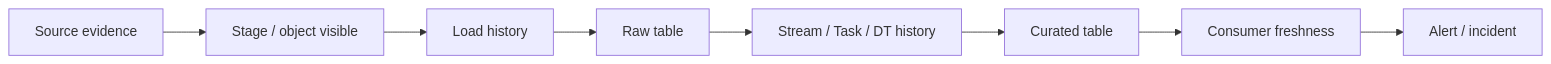
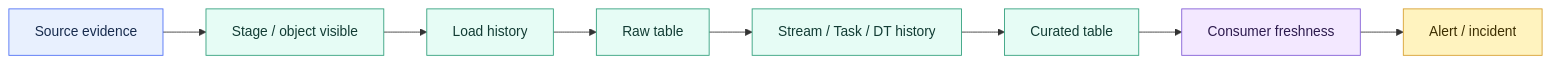
The diagram in 01 Snowflake/04 Data Engineering/28 Pipeline Observability, Latency, and Recovery.md (shonningsoy/Upskill), drawn with Mermaid before and after one commit. The commit also changed other lines of this file and 14 other files, not shown here.

````diff
--- a/01 Snowflake/04 Data Engineering/28 Pipeline Observability, Latency, and Recovery.md
+++ b/01 Snowflake/04 Data Engineering/28 Pipeline Observability, Latency, and Recovery.md
@@ -61,10 +64,20 @@
 ```mermaid
 flowchart LR
     SRC[Source evidence] --> STG[Stage / object visible]
     STG --> LOAD[Load history]
     LOAD --> RAW[Raw table]
     RAW --> PROC[Stream / Task / DT history]
     PROC --> CUR[Curated table]
     CUR --> OUT[Consumer freshness]
     OUT --> ALERT[Alert / incident]
+
+    classDef input fill:#E8F0FE,stroke:#4C6EF5,color:#172B4D
+    classDef control fill:#FFF3BF,stroke:#D69E2E,color:#3D2E00
+    classDef snowflake fill:#E6FCF5,stroke:#2F9E7B,color:#123C34
+    classDef platform fill:#F1F3F5,stroke:#868E96,color:#212529
+    classDef output fill:#F3E8FF,stroke:#805AD5,color:#2D1B4E
+    class SRC input
+    class STG,LOAD,RAW,PROC,CUR snowflake
+    class ALERT control
+    class OUT output
 ```
````
